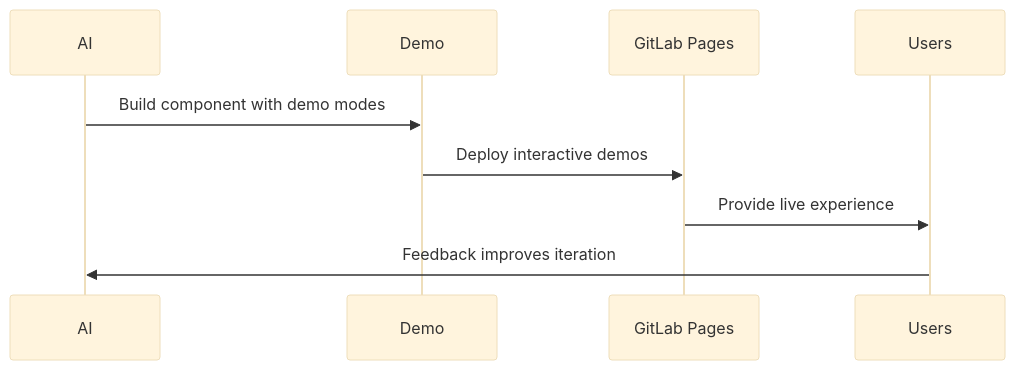
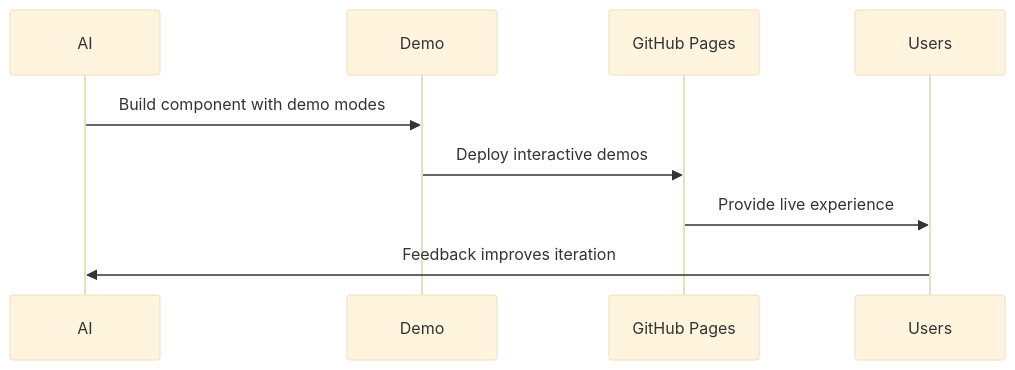
Before and after one commit to boost-edu-tools/gitinspectorgui: the second of 2 diagrams in docs/development/advanced/design-system-integration.md, drawn with Mermaid (base theme). The commit also changed other lines of this file and 6 other files, not shown here.

First line of the commit message:
chore: remove all GitLab references and update to GitHub

````diff
--- a/docs/development/advanced/design-system-integration.md
+++ b/docs/development/advanced/design-system-integration.md
@@ -234,7 +277,7 @@
 ```mermaid
 sequenceDiagram
     AI->>Demo: Build component with demo modes
-    Demo->>GitLab Pages: Deploy interactive demos
-    GitLab Pages->>Users: Provide live experience
+    Demo->>GitHub Pages: Deploy interactive demos
+    GitHub Pages->>Users: Provide live experience
     Users->>AI: Feedback improves iteration
 ```
````
